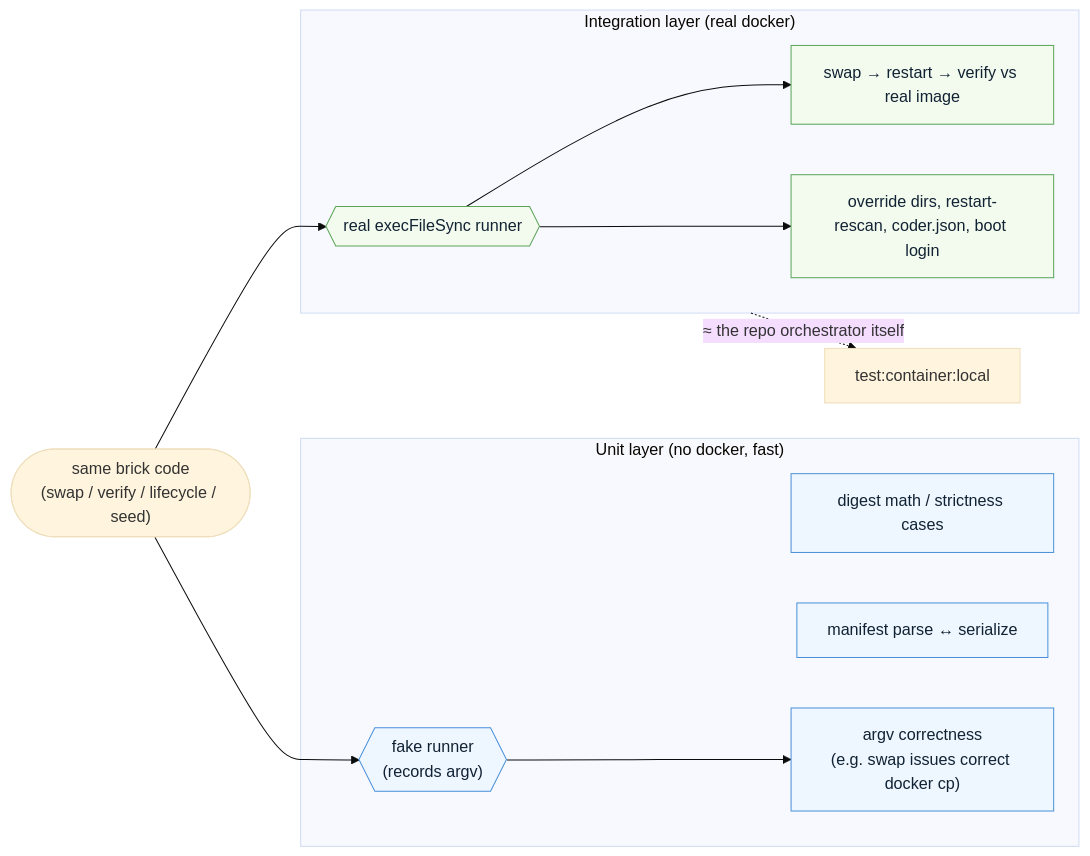
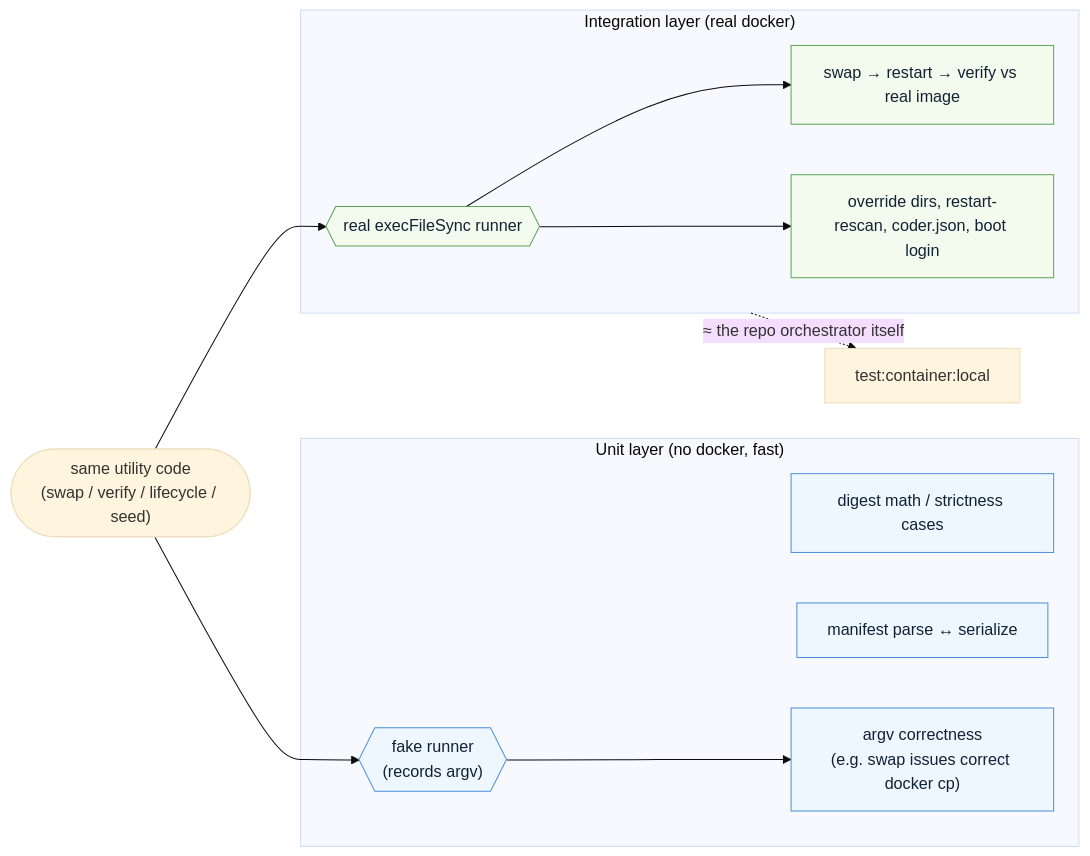
One commit to forcedotcom/salesforcedx-vscode changed diagram 14 of 14 in docs/plans/code-builder-e2e-toolkit.md. Above: the diagram before and after it, drawn with Mermaid (base theme). The commit also changed other lines of this file, not shown here.

Commit message:
docs(codebuilder-e2e): replace 'brick' metaphor with concrete component names - W-23602240

````diff
--- a/docs/plans/code-builder-e2e-toolkit.md
+++ b/docs/plans/code-builder-e2e-toolkit.md
@@ -1151,28 +1151,28 @@
 ```mermaid
 flowchart LR
     subgraph UNIT["Unit layer (no docker, fast)"]
         FAKE{{"fake runner<br/>(records argv)"}}
         T1["digest math / strictness cases"]
         T2["manifest parse ↔ serialize"]
         T3["argv correctness<br/>(e.g. swap issues correct docker cp)"]
         FAKE --> T3
     end
 
     subgraph INTEG["Integration layer (real docker)"]
         REAL{{"real execFileSync runner"}}
         I1["swap → restart → verify vs real image"]
         I2["override dirs, restart-rescan, coder.json, boot login"]
         REAL --> I1
         REAL --> I2
     end
 
-    BRICKS(["same brick code<br/>(swap / verify / lifecycle / seed)"])
-    BRICKS --> FAKE
-    BRICKS --> REAL
+    UTILS(["same utility code<br/>(swap / verify / lifecycle / seed)"])
+    UTILS --> FAKE
+    UTILS --> REAL
     INTEG -.->|"≈ the repo orchestrator itself"| ORCH["test:container:local"]
 
     classDef unit fill:#eef6ff,stroke:#4a90d9,color:#123;
     classDef integ fill:#f3fbef,stroke:#5aa457,color:#123;
     class FAKE,T1,T2,T3 unit;
     class REAL,I1,I2 integ;
 ```
````
